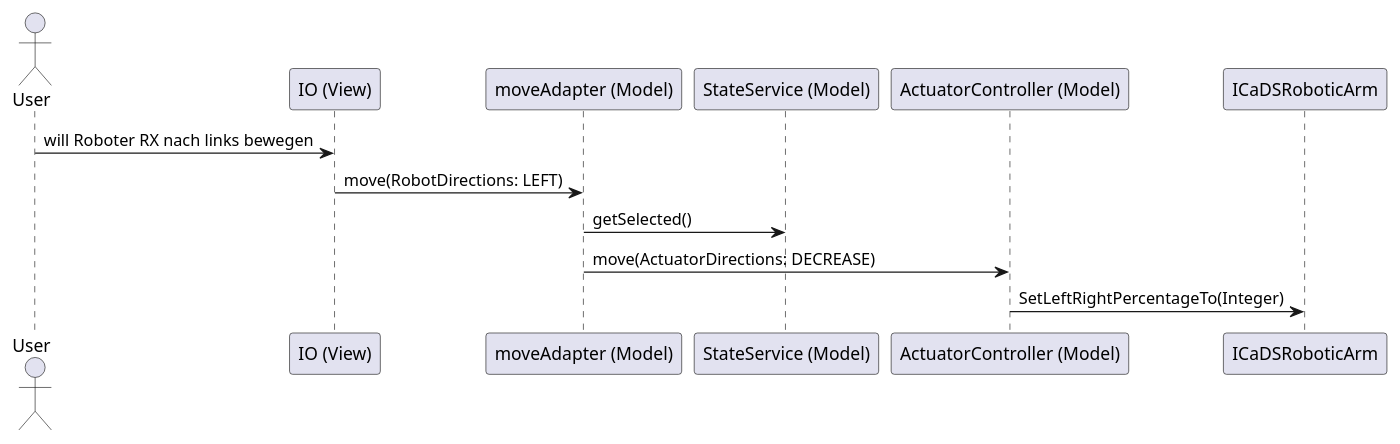
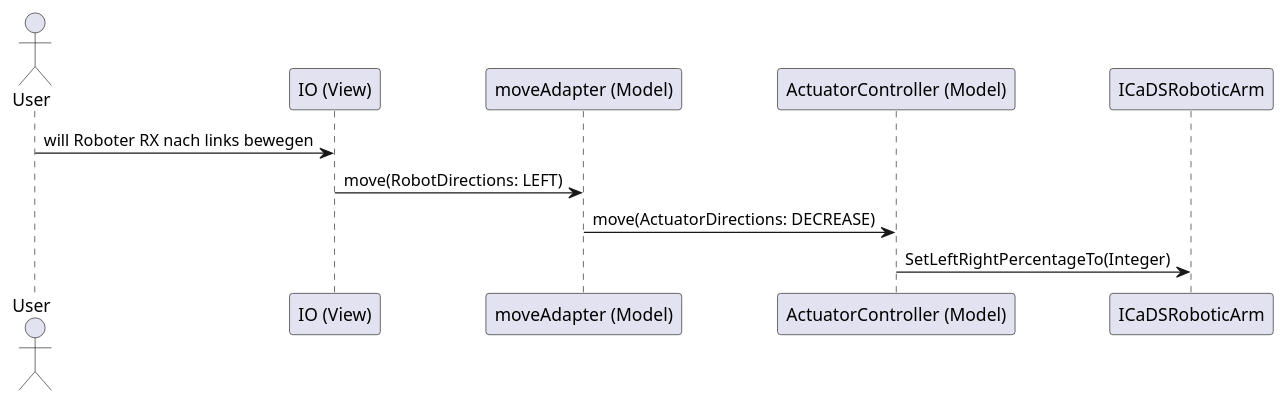
The diagram in Docs/Application/diagrams/moveBefehl250625.plantuml (DavidDao1997/VS_Praktikum-2025-SoSe), drawn with PlantUML before and after one commit. The commit also changed 13 other files, not shown here.

```diff
--- a/Docs/Application/diagrams/moveBefehl250625.plantuml
+++ b/Docs/Application/diagrams/moveBefehl250625.plantuml
@@ -1,17 +1,13 @@
 @startuml
-
 actor User
 participant "IO (View)" as IO
 participant "moveAdapter (Model)" as mA
-participant "StateService (Model)" as StS
 participant "ActuatorController (Model)" as ActCtrl
 participant "ICaDSRoboticArm" as RobArm
 
 
 User -> IO: will Roboter RX nach links bewegen
 IO -> mA: move(RobotDirections: LEFT)
-mA -> StS: getSelected()
 mA -> ActCtrl: move(ActuatorDirections: DECREASE)
 ActCtrl -> RobArm: SetLeftRightPercentageTo(Integer)
-
 @enduml
```
